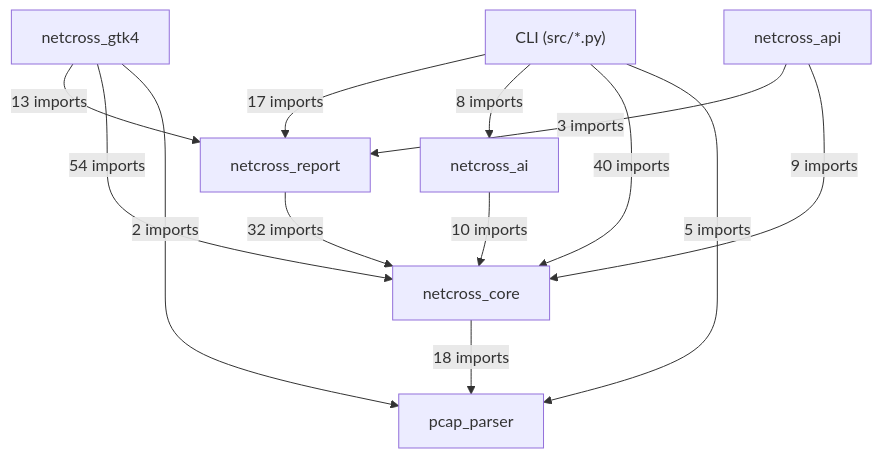
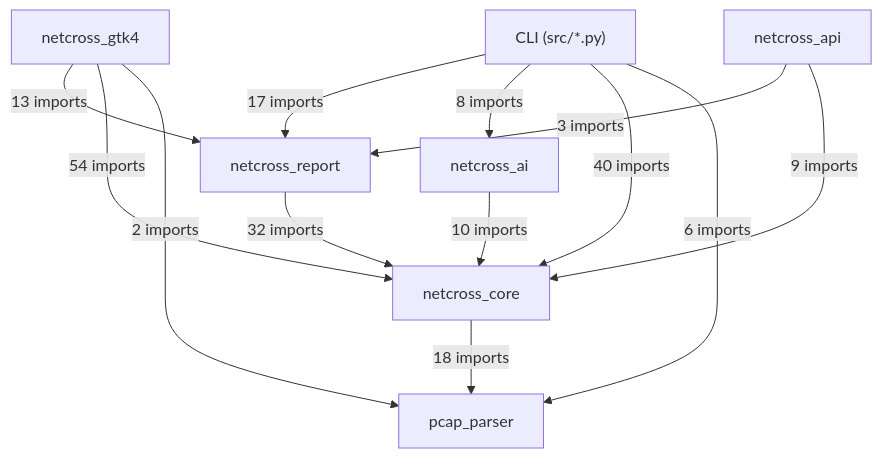
The first of 19 diagrams in docs/class-diagram.md (Mathide-Team/Netcross), drawn with Mermaid before and after one commit. The commit also changed other lines of this file and 9 other files, not shown here.

````diff
--- a/docs/class-diagram.md
+++ b/docs/class-diagram.md
@@ -26,22 +26,22 @@
 ```mermaid
 flowchart TD
     CLI["CLI (src/*.py)"]
     netcross_gtk4["netcross_gtk4"]
     netcross_api["netcross_api"]
     netcross_report["netcross_report"]
     netcross_ai["netcross_ai"]
     netcross_core["netcross_core"]
     pcap_parser["pcap_parser"]
     CLI -->|"17 imports"| netcross_report
     CLI -->|"8 imports"| netcross_ai
     CLI -->|"40 imports"| netcross_core
-    CLI -->|"5 imports"| pcap_parser
+    CLI -->|"6 imports"| pcap_parser
     netcross_gtk4 -->|"13 imports"| netcross_report
     netcross_gtk4 -->|"54 imports"| netcross_core
     netcross_gtk4 -->|"2 imports"| pcap_parser
     netcross_api -->|"3 imports"| netcross_report
     netcross_api -->|"9 imports"| netcross_core
     netcross_report -->|"32 imports"| netcross_core
     netcross_ai -->|"10 imports"| netcross_core
     netcross_core -->|"18 imports"| pcap_parser
 ```
````
